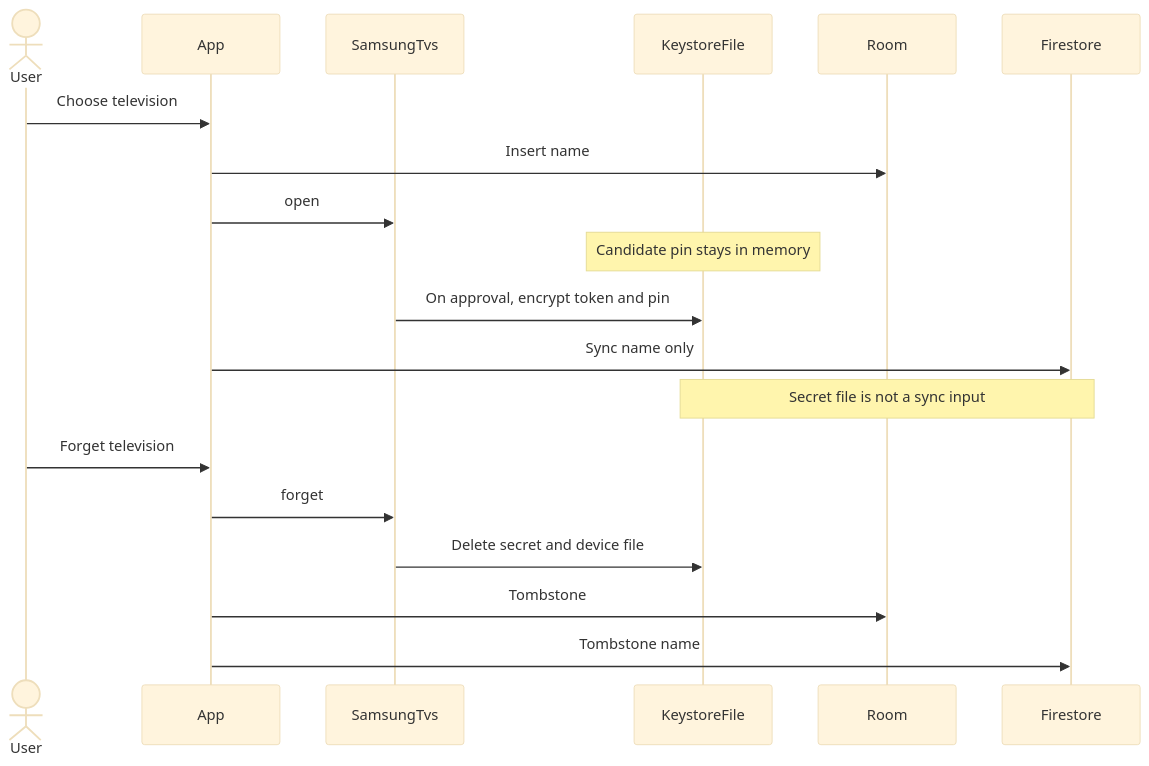
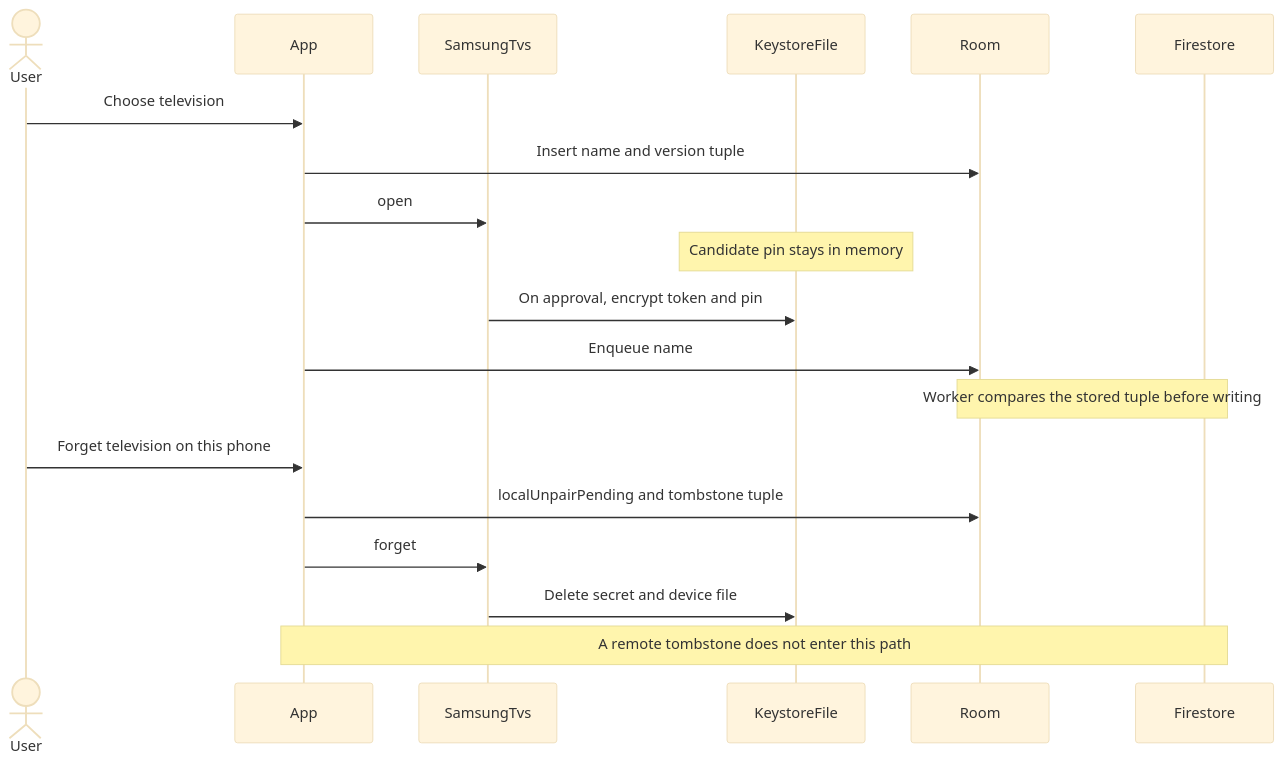
The diagram in docs/architecture/data.md (anthracite-labs/AppT), drawn with Mermaid (base theme) before and after one commit. The commit also changed other lines of this file and 11 other files, not shown here.

First line of the commit message:
Revise sync, permission, and account-gate architecture

````diff
--- a/docs/architecture/data.md
+++ b/docs/architecture/data.md
@@ -125,21 +133,21 @@
 ```mermaid
 sequenceDiagram
   actor User
   participant App
   participant Samsung as SamsungTvs
   participant Secret as KeystoreFile
   participant Room
   participant Cloud as Firestore
   User->>App: Choose television
-  App->>Room: Insert name
+  App->>Room: Insert name and version tuple
   App->>Samsung: open
   Note over Secret: Candidate pin stays in memory
   Samsung->>Secret: On approval, encrypt token and pin
-  App->>Cloud: Sync name only
-  Note over Secret,Cloud: Secret file is not a sync input
-  User->>App: Forget television
+  App->>Room: Enqueue name
+  Note over Room,Cloud: Worker compares the stored tuple before writing
+  User->>App: Forget television on this phone
+  App->>Room: localUnpairPending and tombstone tuple
   App->>Samsung: forget
   Samsung->>Secret: Delete secret and device file
-  App->>Room: Tombstone
-  App->>Cloud: Tombstone name
+  Note over App,Cloud: A remote tombstone does not enter this path
 ```
````
